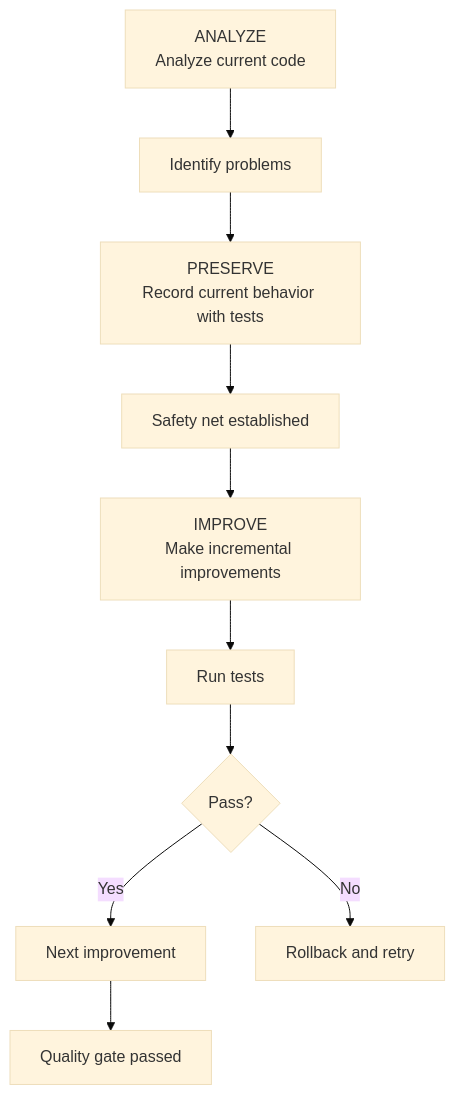
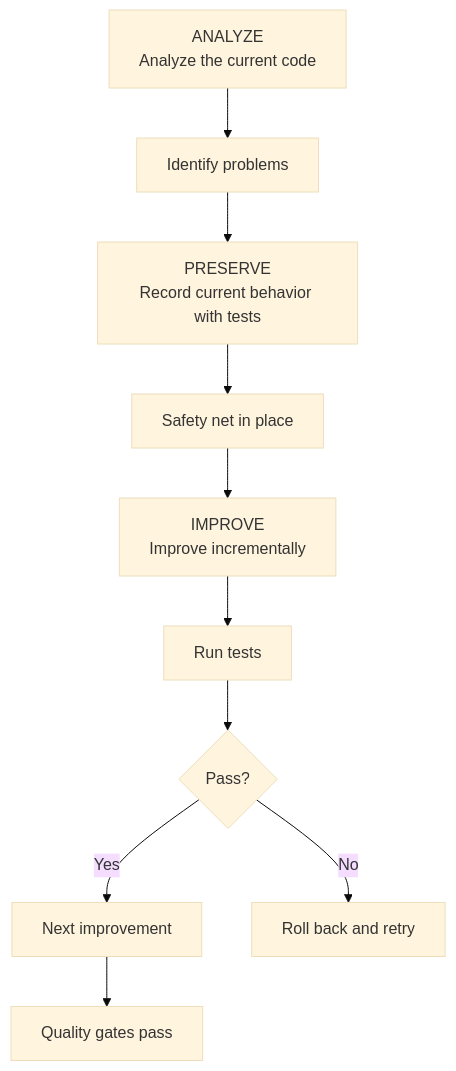
The fifth of 9 diagrams in docs-site/content/en/getting-started/quickstart.md (modu-ai/moai-adk), drawn with Mermaid (base theme) before and after one commit. The commit also changed other lines of this file and 395 other files, not shown here.

````diff
--- a/docs-site/content/en/getting-started/quickstart.md
+++ b/docs-site/content/en/getting-started/quickstart.md
@@ -191,12 +191,12 @@
 ```mermaid
 flowchart TD
-    A["ANALYZE<br/>Analyze current code"] --> B["Identify problems"]
+    A["ANALYZE<br/>Analyze the current code"] --> B["Identify problems"]
     B --> C["PRESERVE<br/>Record current behavior with tests"]
-    C --> D["Safety net established"]
-    D --> E["IMPROVE<br/>Make incremental improvements"]
+    C --> D["Safety net in place"]
+    D --> E["IMPROVE<br/>Improve incrementally"]
     E --> F["Run tests"]
     F --> G{"Pass?"}
     G -->|Yes| H["Next improvement"]
-    G -->|No| I["Rollback and retry"]
-    H --> J["Quality gate passed"]
+    G -->|No| I["Roll back and retry"]
+    H --> J["Quality gates pass"]
 ```
````
